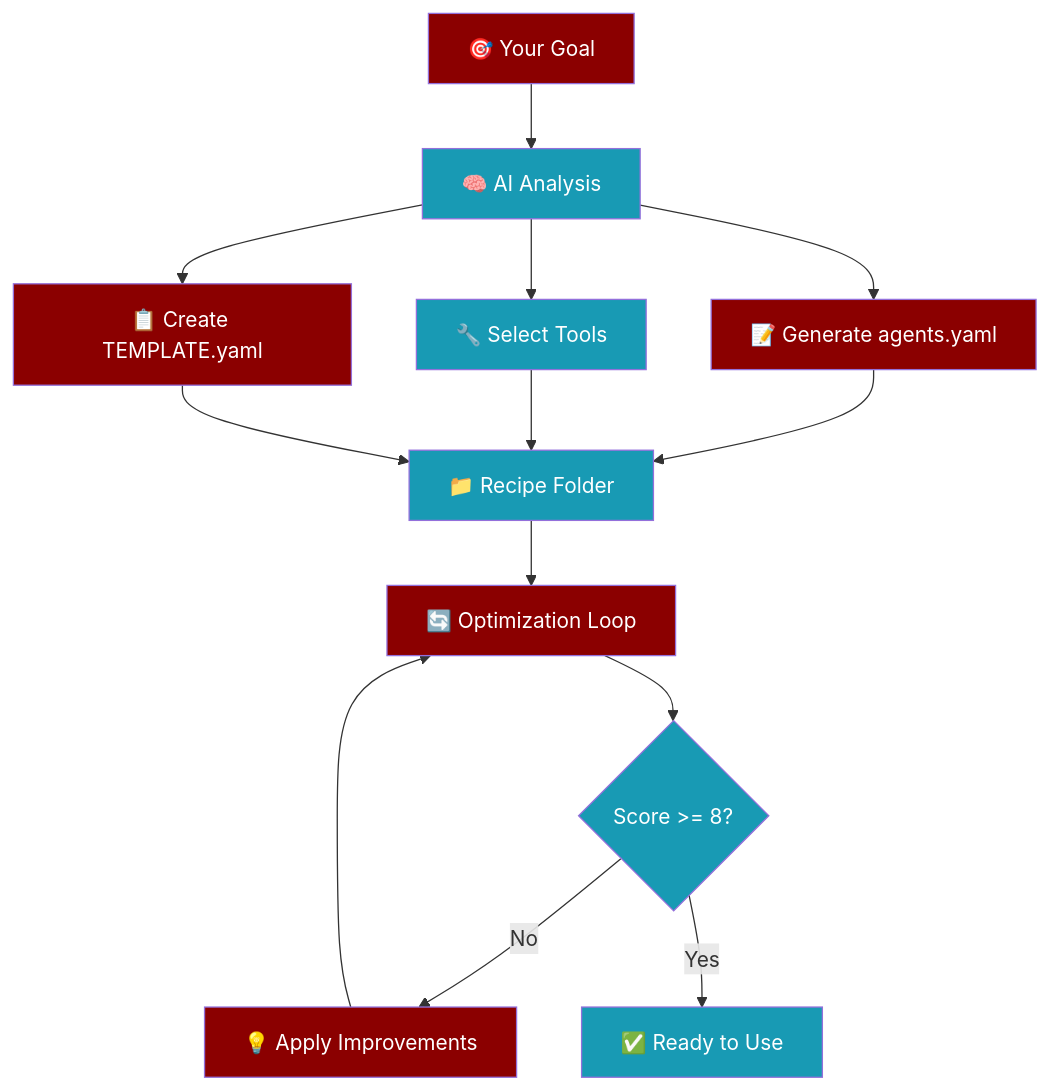
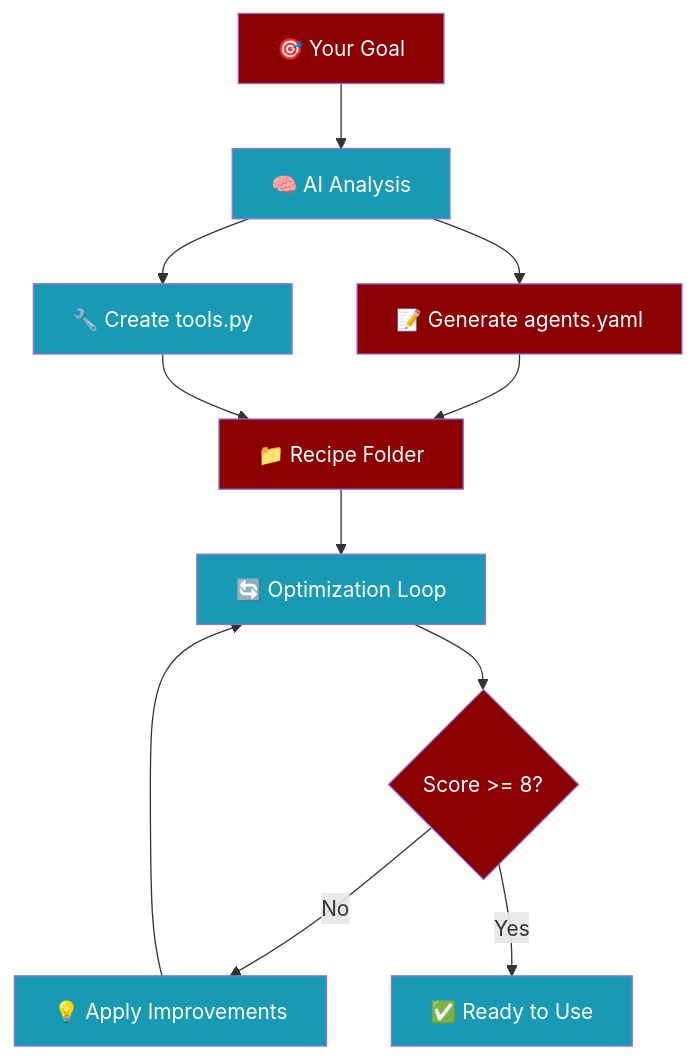
Before and after one commit to MervinPraison/PraisonAIDocs: the first of 2 diagrams in docs/cli/recipe-create.mdx, drawn with Mermaid. The commit also changed other lines of this file and 47 other files, not shown here.

````diff
--- a/docs/cli/recipe-create.mdx
+++ b/docs/cli/recipe-create.mdx
@@ -35,26 +36,23 @@
 ```mermaid
 flowchart TD
     A["🎯 Your Goal"] --> B["🧠 AI Analysis"]
     B --> C["📝 Generate agents.yaml"]
-    B --> D["🔧 Select Tools"]
-    B --> E["📋 Create TEMPLATE.yaml"]
-    C --> F["📁 Recipe Folder"]
-    D --> F
-    E --> F
-    F --> G["🔄 Optimization Loop"]
-    G --> H{"Score >= 8?"}
-    H -->|No| I["💡 Apply Improvements"]
-    I --> G
-    H -->|Yes| J["✅ Ready to Use"]
+    B --> D["🔧 Create tools.py"]
+    C --> E["📁 Recipe Folder"]
+    D --> E
+    E --> F["🔄 Optimization Loop"]
+    F --> G{"Score >= 8?"}
+    G -->|No| H["💡 Apply Improvements"]
+    H --> F
+    G -->|Yes| I["✅ Ready to Use"]
     
     style A fill:#8B0000,color:#fff
     style B fill:#189AB4,color:#fff
     style C fill:#8B0000,color:#fff
     style D fill:#189AB4,color:#fff
     style E fill:#8B0000,color:#fff
     style F fill:#189AB4,color:#fff
     style G fill:#8B0000,color:#fff
     style H fill:#189AB4,color:#fff
-    style I fill:#8B0000,color:#fff
-    style J fill:#189AB4,color:#fff
+    style I fill:#189AB4,color:#fff
 ```
````
